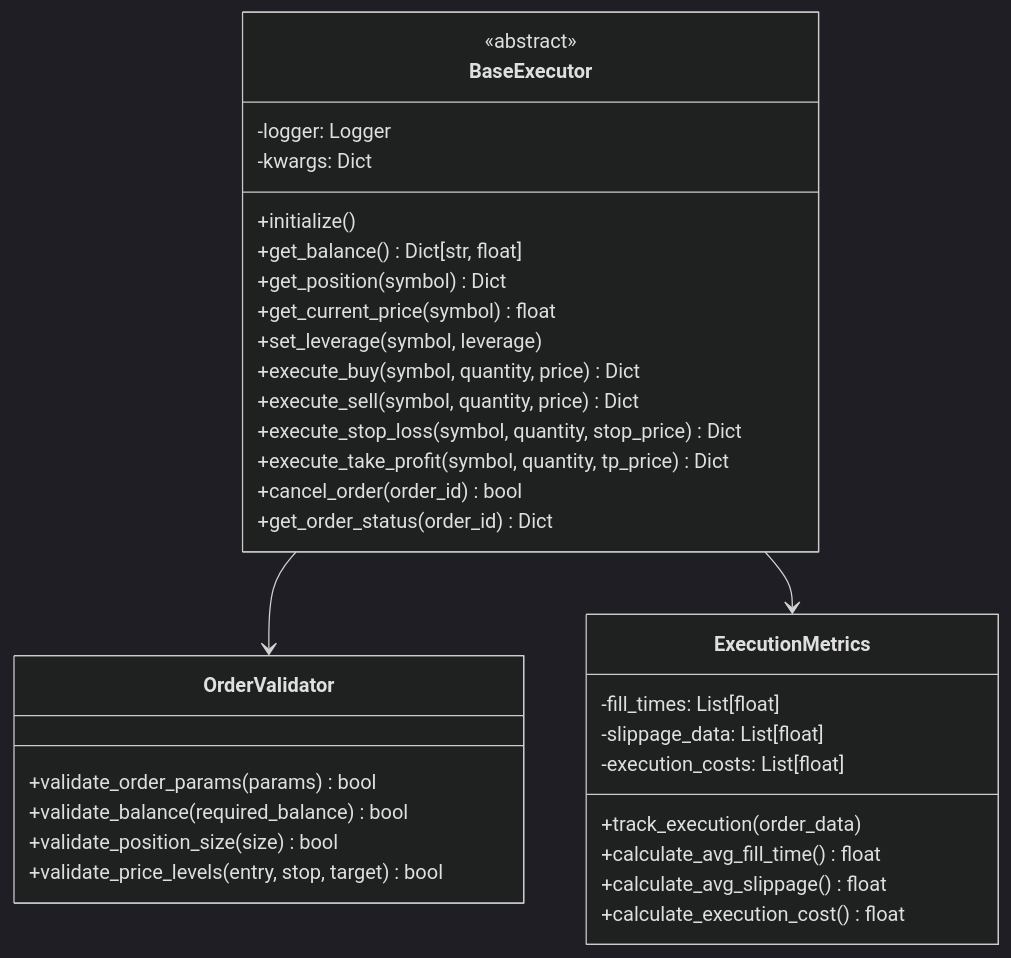
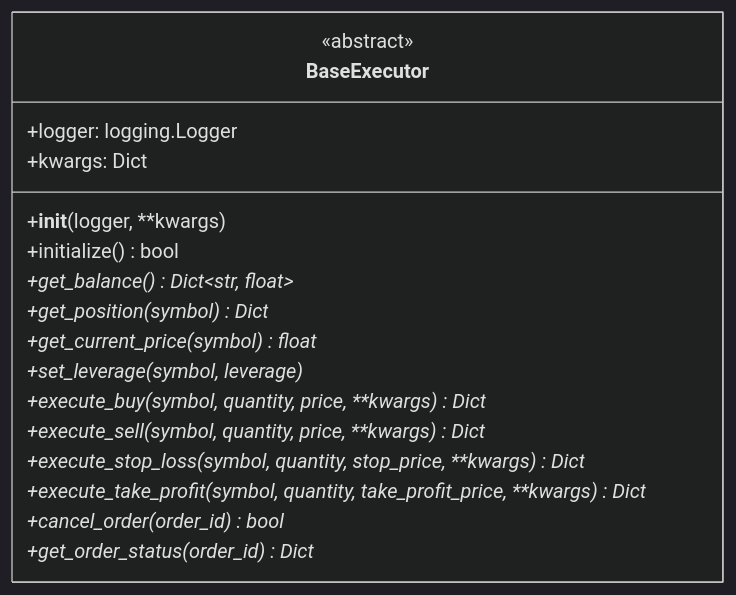
The seventh of 9 diagrams in docs/trading_system.md (cluster2600/ELVIS), drawn with Mermaid (dark theme) before and after one commit. The commit also changed other lines of this file and 60 other files, not shown here.

````diff
--- a/docs/trading_system.md
+++ b/docs/trading_system.md
@@ -315,39 +279,20 @@
 ```mermaid
 classDiagram
     class BaseExecutor {
         <<abstract>>
-        -logger: Logger
-        -kwargs: Dict
-        +initialize()
-        +get_balance() Dict[str, float]
-        +get_position(symbol) Dict
-        +get_current_price(symbol) float
-        +set_leverage(symbol, leverage)
-        +execute_buy(symbol, quantity, price) Dict
-        +execute_sell(symbol, quantity, price) Dict
-        +execute_stop_loss(symbol, quantity, stop_price) Dict
-        +execute_take_profit(symbol, quantity, tp_price) Dict
-        +cancel_order(order_id) bool
-        +get_order_status(order_id) Dict
+        +logger: logging.Logger
+        +kwargs: Dict
+        +__init__(logger, **kwargs)
+        +initialize() bool
+        +get_balance() Dict~str, float~*
+        +get_position(symbol) Dict*
+        +get_current_price(symbol) float*
+        +set_leverage(symbol, leverage)*
+        +execute_buy(symbol, quantity, price, **kwargs) Dict*
+        +execute_sell(symbol, quantity, price, **kwargs) Dict*
+        +execute_stop_loss(symbol, quantity, stop_price, **kwargs) Dict*
+        +execute_take_profit(symbol, quantity, take_profit_price, **kwargs) Dict*
+        +cancel_order(order_id) bool*
+        +get_order_status(order_id) Dict*
     }
-    
-    class OrderValidator {
-        +validate_order_params(params) bool
-        +validate_balance(required_balance) bool
-        +validate_position_size(size) bool
-        +validate_price_levels(entry, stop, target) bool
-    }
-    
-    class ExecutionMetrics {
-        -fill_times: List[float]
-        -slippage_data: List[float]
-        -execution_costs: List[float]
-        +track_execution(order_data)
-        +calculate_avg_fill_time() float
-        +calculate_avg_slippage() float
-        +calculate_execution_cost() float
-    }
-    
-    BaseExecutor --> OrderValidator
-    BaseExecutor --> ExecutionMetrics
 ```
````
